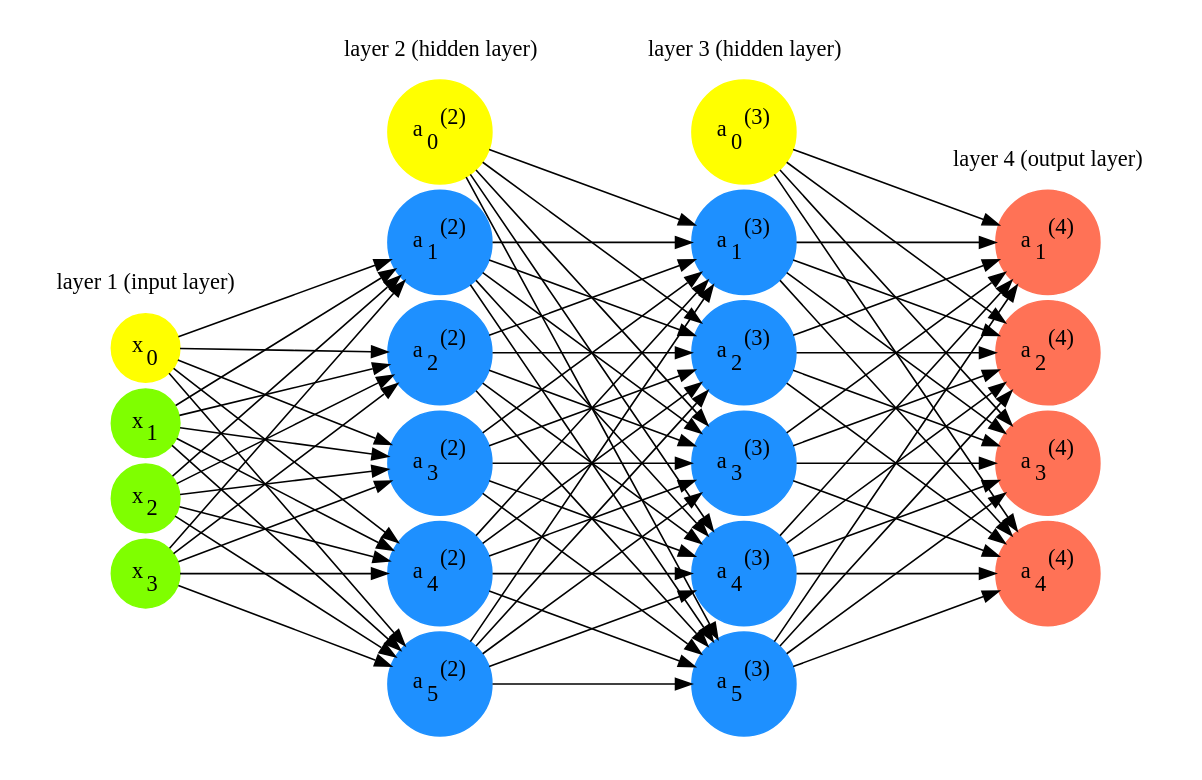
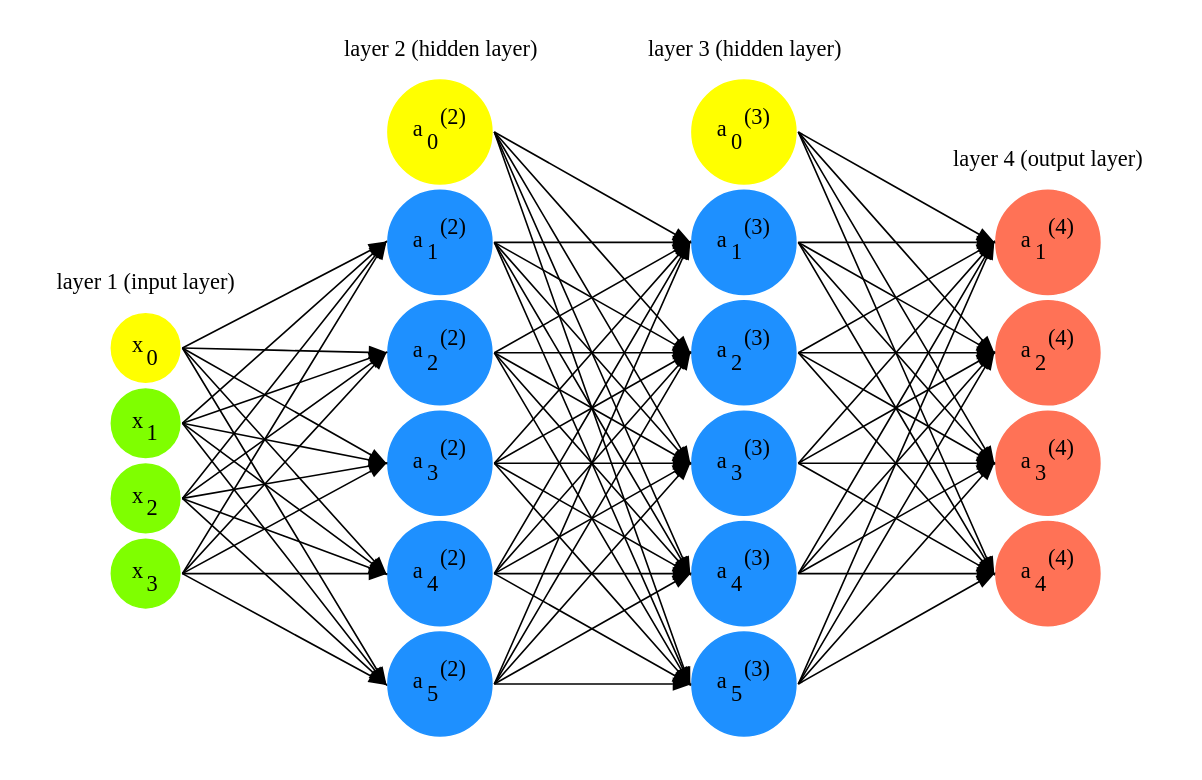
Before and after one commit to xxks-kkk/Code-for-blog: the diagram in 2017/graphviz-drawings/nn2.dot, drawn with Graphviz.

```diff
--- a/2017/graphviz-drawings/nn2.dot
+++ b/2017/graphviz-drawings/nn2.dot
@@ -23,6 +23,7 @@
     // details: http://www.graphviz.org/doc/info/attrs.html
     // ===============================
     rankdir=LR;  
+    edge[style=solid, tailport=e, headport=w];
     
     // ===============================
     // splines=line:  draw straight lines to connect nodes
```
